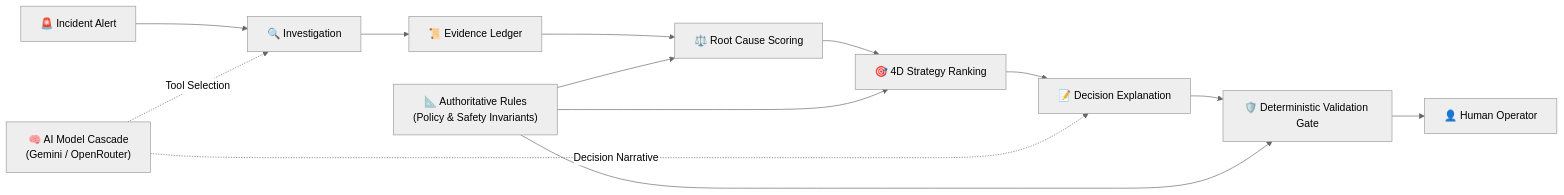
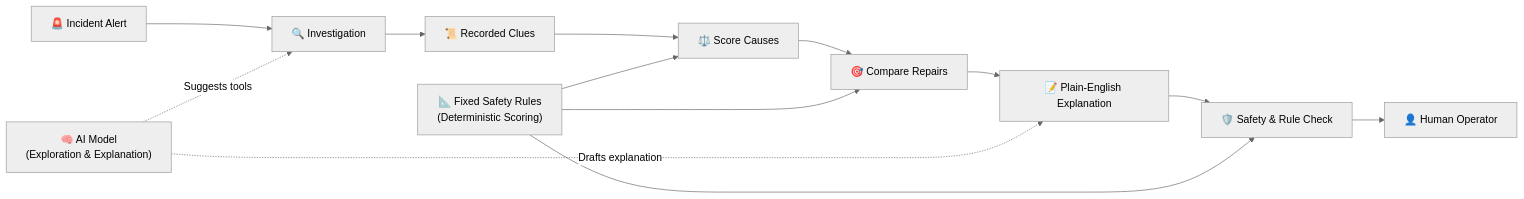
Before and after one commit to AnasBabari/LEC_AI: the second of 2 diagrams in README.md, drawn with Mermaid (neutral theme). The commit also changed other lines of this file, not shown here.

First line of the commit message:
docs(readme): rewrite How Faultline works in clear, jargon-free plain English

````diff
--- a/README.md
+++ b/README.md
@@ -186,22 +119,16 @@
 ```mermaid
 flowchart LR
-    Incident["🚨 Incident Alert"]
-    Investigate["🔍 Investigation"]
-    Evidence["📜 Evidence Ledger"]
-    Causes["⚖️ Root Cause Scoring"]
-    Repairs["🎯 4D Strategy Ranking"]
-    Explain["📝 Decision Explanation"]
-    Validate["🛡️ Deterministic Validation Gate"]
-    Human["👤 Human Operator"]
+    Incident["🚨 Incident Alert"] --> Investigation["🔍 Investigation"]
+    Investigation --> Evidence["📜 Recorded Clues"]
+    Evidence --> Causes["⚖️ Score Causes"]
+    Causes --> Repairs["🎯 Compare Repairs"]
+    Repairs --> Explain["📝 Plain-English Explanation"]
+    Explain --> Validation["🛡️ Safety & Rule Check"]
+    Validation --> Human["👤 Human Operator"]
 
-    AI["🧠 AI Model Cascade<br/>(Gemini / OpenRouter)"]
-    Rules["📐 Authoritative Rules<br/>(Policy & Safety Invariants)"]
-
-    Incident --> Investigate --> Evidence --> Causes --> Repairs --> Explain --> Validate --> Human
-
-    AI -.->|Tool Selection| Investigate
-    AI -.->|Decision Narrative| Explain
-    Rules --> Causes
+    AI["🧠 AI Model<br/>(Exploration & Explanation)"] -.->|Suggests tools| Investigation
+    AI -.->|Drafts explanation| Explain
+    Rules["📐 Fixed Safety Rules<br/>(Deterministic Scoring)"] --> Causes
     Rules --> Repairs
-    Rules --> Validate
+    Rules --> Validation
 ```
````
